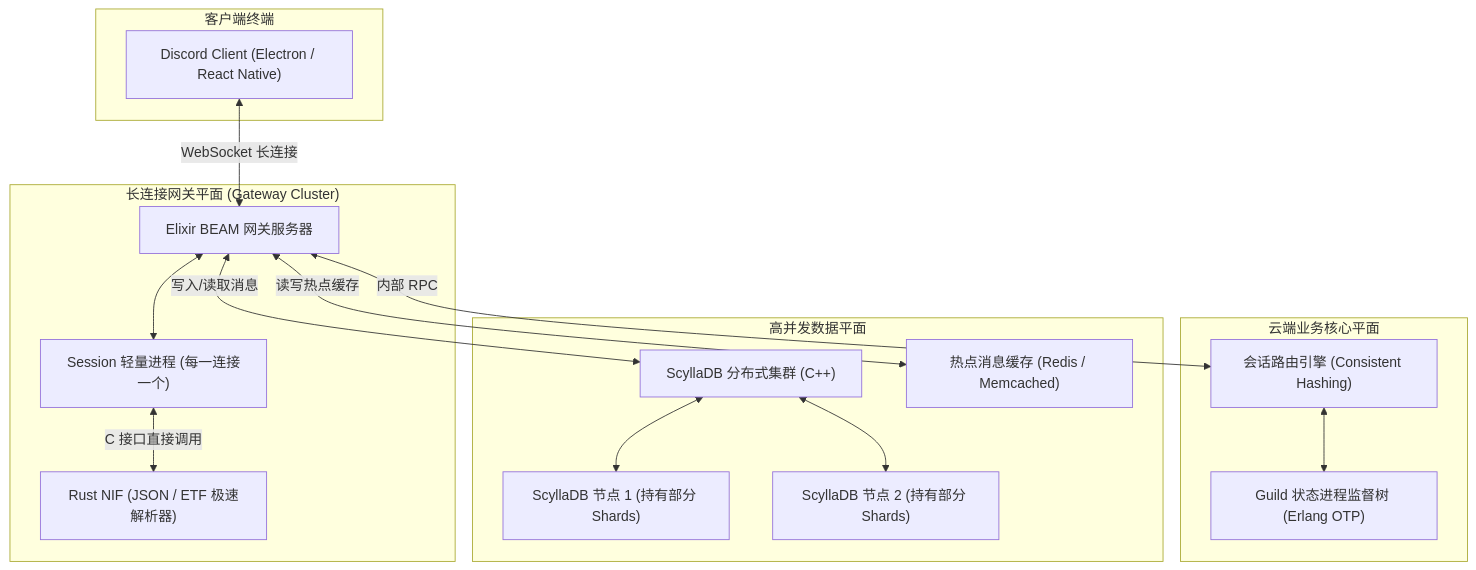
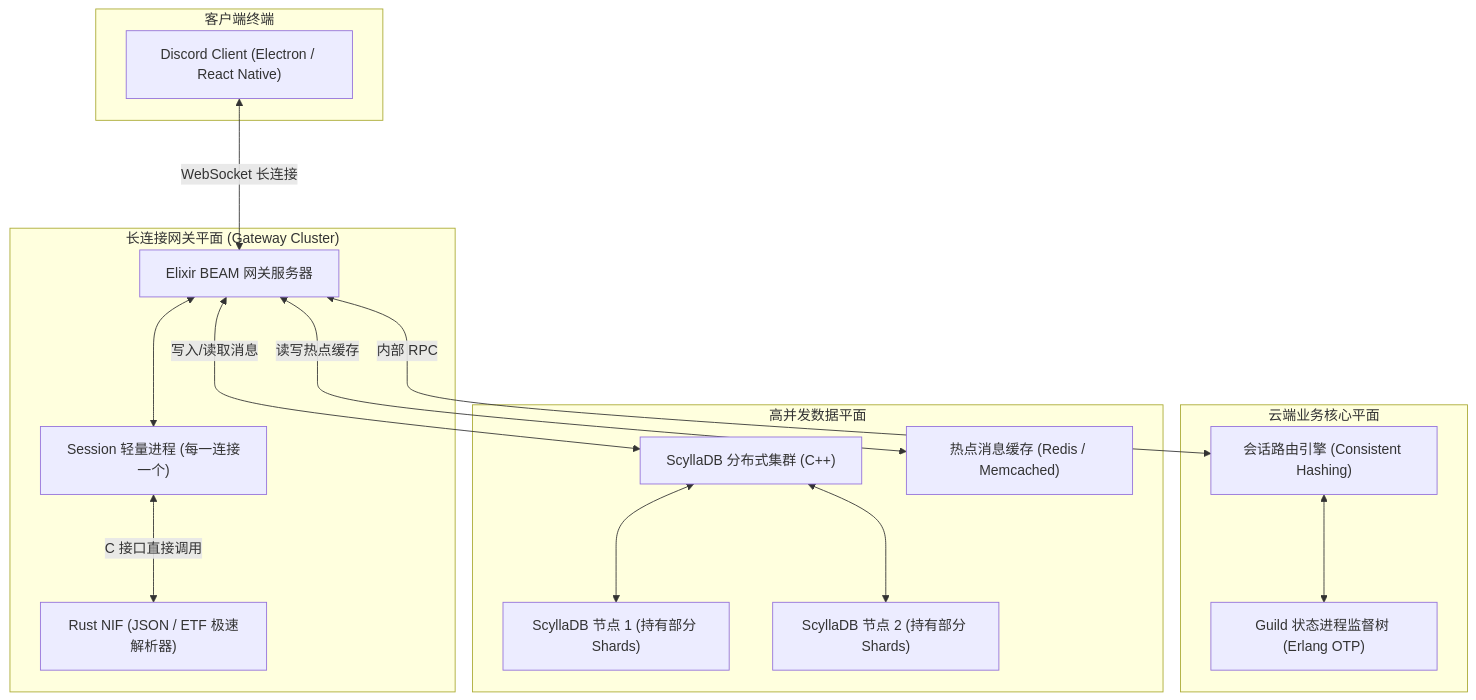
The third of 6 diagrams in docs/atlas/discord.mdx (koosai/AI-Architect-Learning), drawn with Mermaid before and after one commit. The commit also changed 68 other files, not shown here.

Commit message:
fix(atlas): fix browser client-side Mermaid rendering for mindmaps and flowcharts across 67 case studies

````diff
--- a/docs/atlas/discord.mdx
+++ b/docs/atlas/discord.mdx
@@ -101,34 +101,34 @@
 ```mermaid
 graph TB
   subgraph ClientUI["客户端终端"]
     ClientApp["Discord Client (Electron / React Native)"]
   end
 
   subgraph GatewayPlane["长连接网关平面 (Gateway Cluster)"]
     ElixirNode["Elixir BEAM 网关服务器"]
     SessionProcess["Session 轻量进程 (每一连接一个)"]
     RustParser["Rust NIF (JSON / ETF 极速解析器)"]
   end
 
   subgraph CoreServices["云端业务核心平面"]
     RoutingEngine["会话路由引擎 (Consistent Hashing)"]
     GuildSupervisor["Guild 状态进程监督树 (Erlang OTP)"]
   end
 
   subgraph DatabasePlane["高并发数据平面"]
     ScyllaCluster["ScyllaDB 分布式集群 (C++)"]
     ScyllaNode1["ScyllaDB 节点 1 (持有部分 Shards)"]
     ScyllaNode2["ScyllaDB 节点 2 (持有部分 Shards)"]
     RedisCache["热点消息缓存 (Redis / Memcached)"]
   end
 
-  ClientApp <-->|WebSocket 长连接| ElixirNode
-  ElixirNode <--> SessionProcess
-  SessionProcess <-->|C 接口直接调用| RustParser
-  ElixirNode <-->|内部 RPC| RoutingEngine
-  RoutingEngine <--> GuildSupervisor
-  ElixirNode <-->|写入/读取消息| ScyllaCluster
-  ScyllaCluster <--> ScyllaNode1
-  ScyllaCluster <--> ScyllaNode2
-  ElixirNode <-->|读写热点缓存| RedisCache
+  ClientApp <--->|WebSocket 长连接| ElixirNode
+  ElixirNode <---> SessionProcess
+  SessionProcess <--->|C 接口直接调用| RustParser
+  ElixirNode <--->|内部 RPC| RoutingEngine
+  RoutingEngine <---> GuildSupervisor
+  ElixirNode <--->|写入/读取消息| ScyllaCluster
+  ScyllaCluster <---> ScyllaNode1
+  ScyllaCluster <---> ScyllaNode2
+  ElixirNode <--->|读写热点缓存| RedisCache
 ```
````
